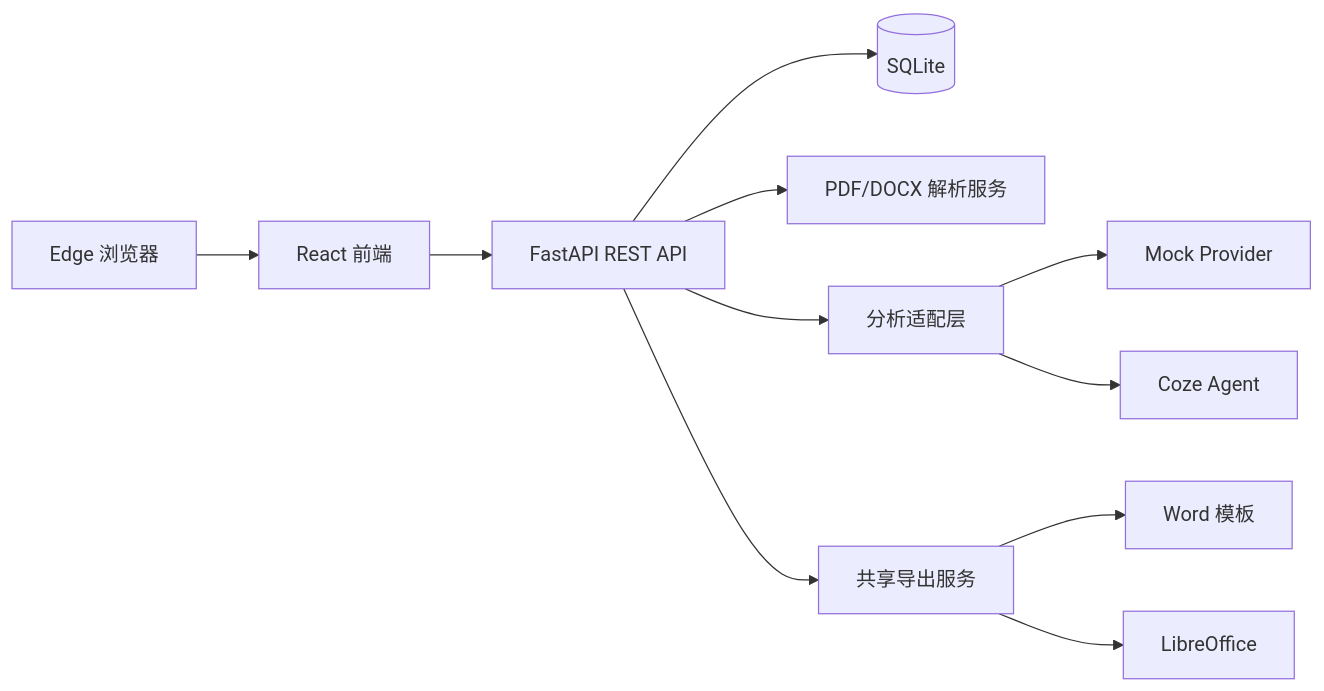
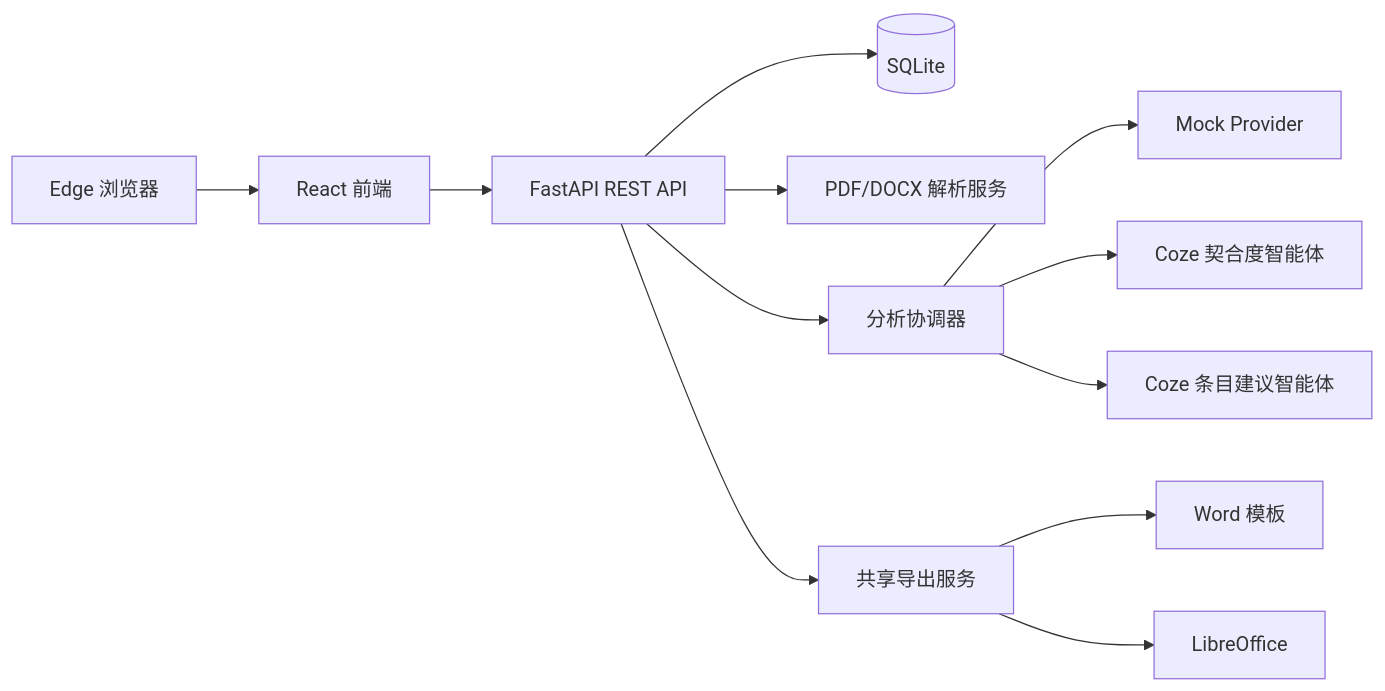
The diagram in README.md (yunzhong200553/resume-match), drawn with Mermaid before and after one commit. The commit also changed other lines of this file and 52 other files, not shown here.

````diff
--- a/README.md
+++ b/README.md
@@ -103,13 +102,14 @@
 ```mermaid
 flowchart LR
 		U[Edge 浏览器] --> F[React 前端]
 		F --> API[FastAPI REST API]
 		API --> DB[(SQLite)]
 		API --> P[PDF/DOCX 解析服务]
-		API --> A[分析适配层]
+		API --> A[分析协调器]
 		A --> M[Mock Provider]
-		A --> C[Coze Agent]
+		A --> C1[Coze 契合度智能体]
+		A --> C2[Coze 条目建议智能体]
 		API --> E[共享导出服务]
 		E --> T[Word 模板]
 		E --> L[LibreOffice]
 ```
````
